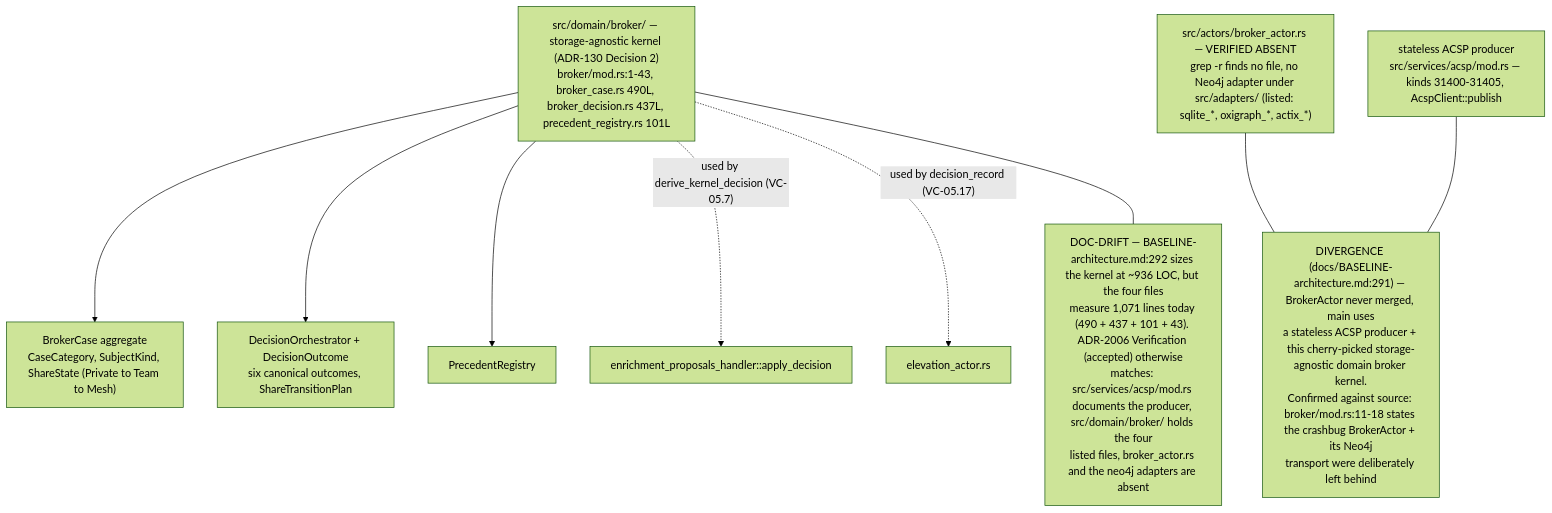
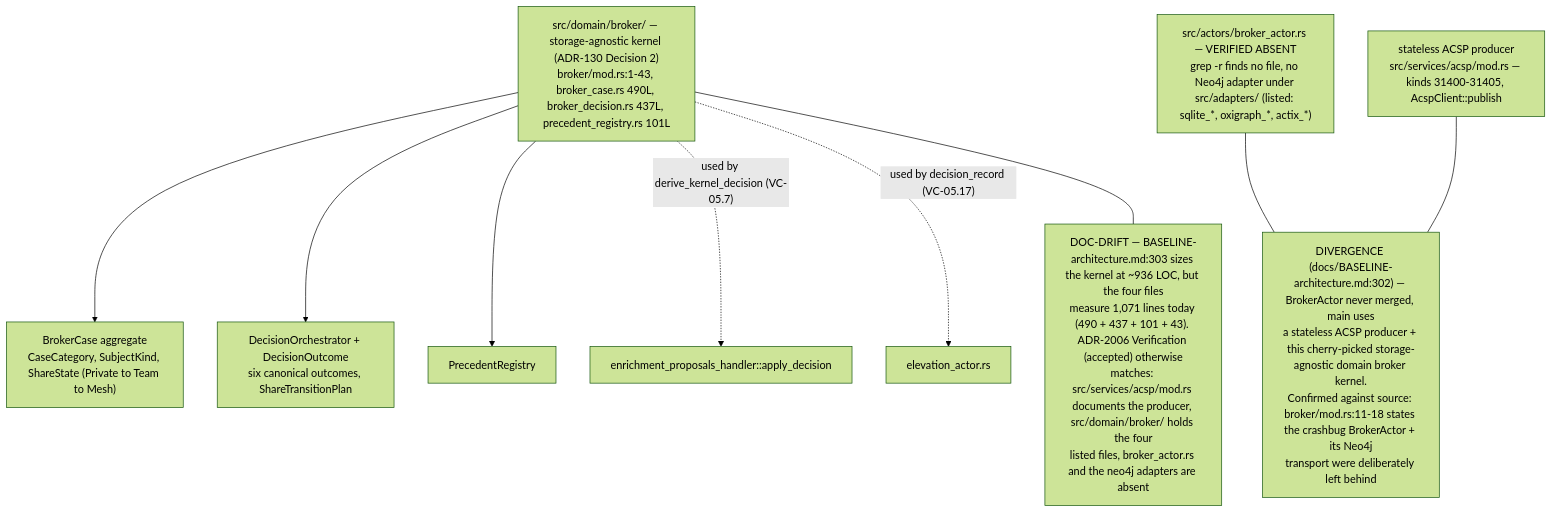
One commit to DreamLab-AI/VisionFlow changed diagram 15 of 15 in docs/diagrams/visionclaw/05-handlers-governance-and-identity.md. Above: the diagram before and after it, drawn with Mermaid (forest theme). The commit also changed other lines of this file and 145 other files, not shown here.

````diff
--- a/docs/diagrams/visionclaw/05-handlers-governance-and-identity.md
+++ b/docs/diagrams/visionclaw/05-handlers-governance-and-identity.md
@@ -790,19 +792,19 @@
 ```mermaid
 flowchart TB
     KERNEL["src/domain/broker/ — storage-agnostic kernel (ADR-130 Decision 2)<br/>broker/mod.rs:1-43, broker_case.rs 490L, broker_decision.rs 437L, precedent_registry.rs 101L"]
     BC["BrokerCase aggregate<br/>CaseCategory, SubjectKind, ShareState (Private to Team to Mesh)"]
     BD["DecisionOrchestrator + DecisionOutcome<br/>six canonical outcomes, ShareTransitionPlan"]
     PR["PrecedentRegistry"]
     KERNEL --> BC
     KERNEL --> BD
     KERNEL --> PR
     ACSP["stateless ACSP producer<br/>src/services/acsp/mod.rs — kinds 31400-31405, AcspClient::publish"]
     ABSENT["src/actors/broker_actor.rs — VERIFIED ABSENT<br/>grep -r finds no file, no Neo4j adapter under src/adapters/ (listed: sqlite_*, oxigraph_*, actix_*)"]
     KERNEL -.->|"used by derive_kernel_decision (VC-05.7)"| CALLER["enrichment_proposals_handler::apply_decision"]
     KERNEL -.->|"used by decision_record (VC-05.17)"| CALLER2["elevation_actor.rs"]
-    N1["DIVERGENCE (docs/BASELINE-architecture.md:291) — BrokerActor never merged, main uses<br/>a stateless ACSP producer + this cherry-picked storage-agnostic domain broker kernel.<br/>Confirmed against source: broker/mod.rs:11-18 states the crashbug BrokerActor + its Neo4j<br/>transport were deliberately left behind"]
+    N1["DIVERGENCE (docs/BASELINE-architecture.md:302) — BrokerActor never merged, main uses<br/>a stateless ACSP producer + this cherry-picked storage-agnostic domain broker kernel.<br/>Confirmed against source: broker/mod.rs:11-18 states the crashbug BrokerActor + its Neo4j<br/>transport were deliberately left behind"]
     ABSENT --- N1
     ACSP --- N1
-    N2["DOC-DRIFT — BASELINE-architecture.md:292 sizes the kernel at ~936 LOC, but the four files<br/>measure 1,071 lines today (490 + 437 + 101 + 43). ADR-2006 Verification (accepted) otherwise<br/>matches: src/services/acsp/mod.rs documents the producer, src/domain/broker/ holds the four<br/>listed files, broker_actor.rs and the neo4j adapters are absent"]
+    N2["DOC-DRIFT — BASELINE-architecture.md:303 sizes the kernel at ~936 LOC, but the four files<br/>measure 1,071 lines today (490 + 437 + 101 + 43). ADR-2006 Verification (accepted) otherwise<br/>matches: src/services/acsp/mod.rs documents the producer, src/domain/broker/ holds the four<br/>listed files, broker_actor.rs and the neo4j adapters are absent"]
     KERNEL --- N2
 ```
````
